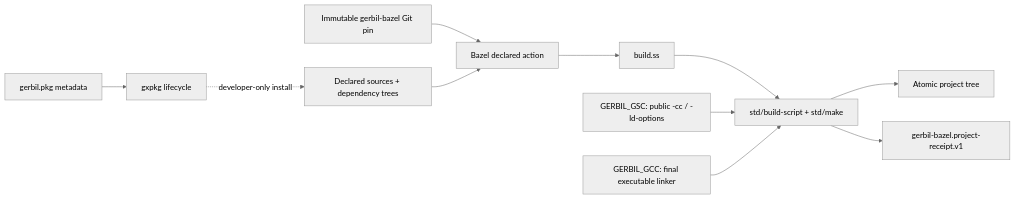
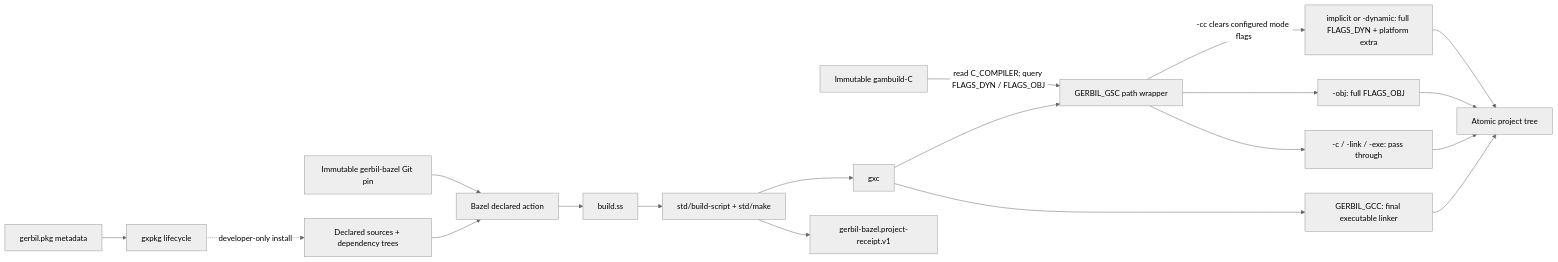
Before and after one commit to tao3k/poo-flow: the tenth of 11 diagrams in docs/10-19-design/10.06-poo-module-system/147-adaptive-scheme-build-guard.org, drawn with Mermaid (neutral theme). The commit also changed other lines of this file and 2 other files, not shown here.

Commit message:
build: pin Gambit producer-mode restoration

```diff
--- a/docs/10-19-design/10.06-poo-module-system/147-adaptive-scheme-build-guard.org
+++ b/docs/10-19-design/10.06-poo-module-system/147-adaptive-scheme-build-guard.org
@@ -1239,13 +1245,21 @@
 #+begin_src mermaid
 flowchart LR
   Pin["Immutable gerbil-bazel Git pin"] --> Bazel["Bazel declared action"]
   Sources["Declared sources + dependency trees"] --> Bazel
   Package["gerbil.pkg metadata"] --> Gxpkg["gxpkg lifecycle"]
   Gxpkg -. "developer-only install" .-> Sources
   Bazel --> Build["build.ss"]
   Build --> Make["std/build-script + std/make"]
-  GSC["GERBIL_GSC: public -cc / -ld-options"] --> Make
-  GCC["GERBIL_GCC: final executable linker"] --> Make
-  Make --> Tree["Atomic project tree"]
+  Make --> GXC["gxc"]
+  GAMBUILD["Immutable gambuild-C"] -->|"read C_COMPILER; query FLAGS_DYN / FLAGS_OBJ"| GSC["GERBIL_GSC path wrapper"]
+  GXC --> GSC
+  GSC -->|"-cc clears configured mode flags"| DYN["implicit or -dynamic: full FLAGS_DYN + platform extra"]
+  GSC --> OBJ["-obj: full FLAGS_OBJ"]
+  GSC --> PASS["-c / -link / -exe: pass through"]
+  GXC --> GCC["GERBIL_GCC: final executable linker"]
+  DYN --> Tree["Atomic project tree"]
+  OBJ --> Tree
+  PASS --> Tree
+  GCC --> Tree
   Make --> Receipt["gerbil-bazel.project-receipt.v1"]
 #+end_src
```
